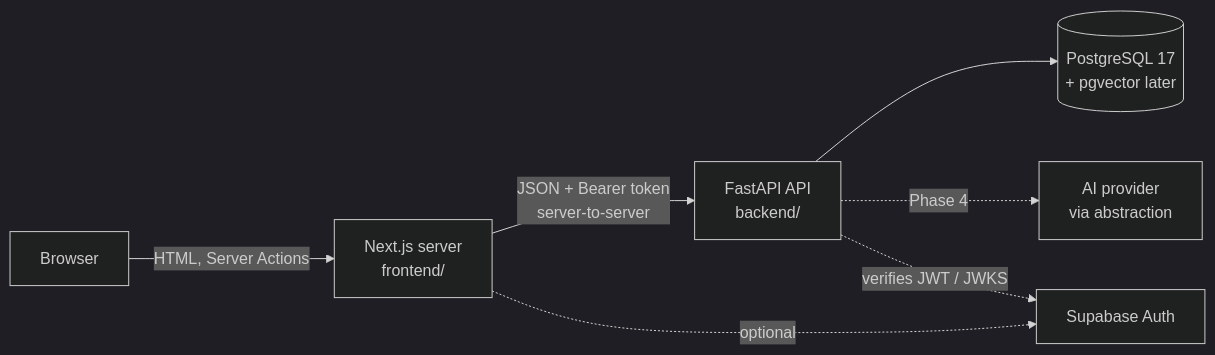
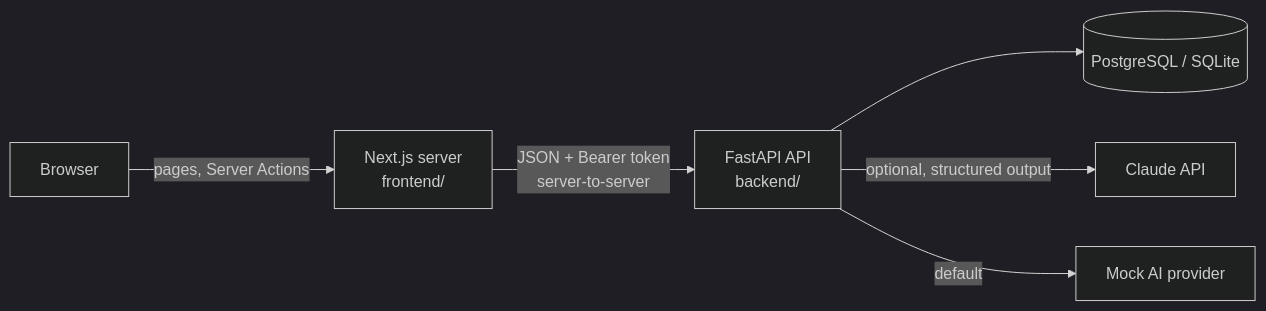
One commit to miramelbendary/bridge changed the first of 2 diagrams in docs/ARCHITECTURE.md. Above: the diagram before and after it, drawn with Mermaid (dark theme). The commit also changed other lines of this file and 128 other files, not shown here.

````diff
--- a/docs/ARCHITECTURE.md
+++ b/docs/ARCHITECTURE.md
@@ -10,9 +6,8 @@
 ```mermaid
 flowchart LR
-  B[Browser] -->|HTML, Server Actions| N[Next.js server<br/>frontend/]
+  B[Browser] -->|pages, Server Actions| N[Next.js server<br/>frontend/]
   N -->|JSON + Bearer token<br/>server-to-server| A[FastAPI API<br/>backend/]
-  A --> P[(PostgreSQL 17<br/>+ pgvector later)]
-  A -.->|Phase 4| L[AI provider<br/>via abstraction]
-  N -.->|optional| S[Supabase Auth]
-  A -.->|verifies JWT / JWKS| S
+  A --> D[(PostgreSQL / SQLite)]
+  A -->|optional, structured output| C[Claude API]
+  A -->|default| M[Mock AI provider]
 ```
````
